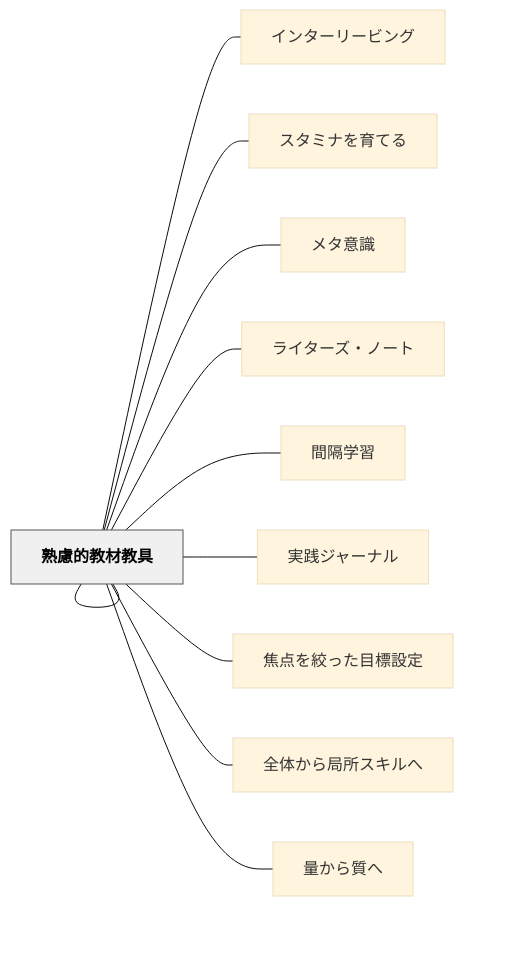
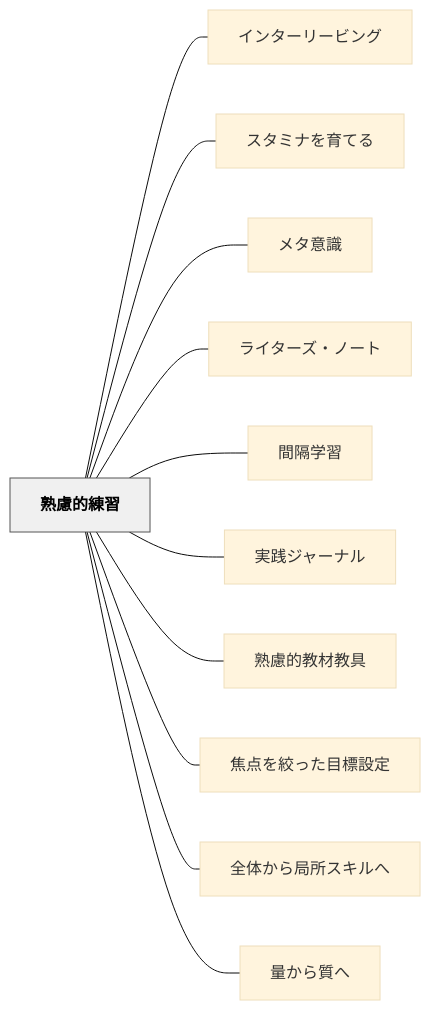
One commit to unknownthings-ed-patterns/unknownthings-ed-patterns changed the diagram in content/パタン/熟慮的練習.md. Above: the diagram before and after it, drawn with Mermaid (base theme). The commit also changed 527 other files, not shown here.

````diff
--- a/content/パタン/熟慮的練習.md
+++ b/content/パタン/熟慮的練習.md
@@ -71,28 +71,28 @@
 ```mermaid
 flowchart LR
-    ne7869fe685ae["熟慮的練習"]
-    ne382a4e383b3["インターリービング"]
-    ne382b9e382bf["スタミナを育てる"]
-    ne383a1e382bf["メタ意識"]
-    ne383a9e382a4["ライターズ・ノート"]
-    ne99693e99a94["間隔学習"]
-    ne5ae9fe8b7b5["実践ジャーナル"]
-    ne7869fe685ae["熟慮的教材教具"]
-    ne784a6e782b9["焦点を絞った目標設定"]
-    ne585a8e4bd93["全体から局所スキルへ"]
-    ne9878fe3818b["量から質へ"]
+    ne7869fe685aee79a84e7b7b4e7bf92["熟慮的練習"]
+    ne382a4e383b3e382bfe383bce383aae383bce38393e383b3e382b0["インターリービング"]
+    ne382b9e382bfe3839fe3838ae38292e882b2e381a6e3828b["スタミナを育てる"]
+    ne383a1e382bfe6848fe8ad98["メタ意識"]
+    ne383a9e382a4e382bfe383bce382bae383bbe3838ee383bce38388["ライターズ・ノート"]
+    ne99693e99a94e5ada6e7bf92["間隔学習"]
+    ne5ae9fe8b7b5e382b8e383a3e383bce3838ae383ab["実践ジャーナル"]
+    ne7869fe685aee79a84e69599e69d90e69599e585b7["熟慮的教材教具"]
+    ne784a6e782b9e38292e7b59ee381a3e3819fe79baee6a899e8a8ade5ae9a["焦点を絞った目標設定"]
+    ne585a8e4bd93e3818be38289e5b180e68980e382b9e382ade383abe381b8["全体から局所スキルへ"]
+    ne9878fe3818be38289e8b3aae381b8["量から質へ"]
 
-    ne7869fe685ae --- ne382a4e383b3
-    ne7869fe685ae --- ne382b9e382bf
-    ne7869fe685ae --- ne383a1e382bf
-    ne7869fe685ae --- ne383a9e382a4
-    ne7869fe685ae --- ne99693e99a94
-    ne7869fe685ae --- ne5ae9fe8b7b5
-    ne7869fe685ae --- ne7869fe685ae
-    ne7869fe685ae --- ne784a6e782b9
-    ne7869fe685ae --- ne585a8e4bd93
-    ne7869fe685ae --- ne9878fe3818b
+    ne7869fe685aee79a84e7b7b4e7bf92 --- ne382a4e383b3e382bfe383bce383aae383bce38393e383b3e382b0
+    ne7869fe685aee79a84e7b7b4e7bf92 --- ne382b9e382bfe3839fe3838ae38292e882b2e381a6e3828b
+    ne7869fe685aee79a84e7b7b4e7bf92 --- ne383a1e382bfe6848fe8ad98
+    ne7869fe685aee79a84e7b7b4e7bf92 --- ne383a9e382a4e382bfe383bce382bae383bbe3838ee383bce38388
+    ne7869fe685aee79a84e7b7b4e7bf92 --- ne99693e99a94e5ada6e7bf92
+    ne7869fe685aee79a84e7b7b4e7bf92 --- ne5ae9fe8b7b5e382b8e383a3e383bce3838ae383ab
+    ne7869fe685aee79a84e7b7b4e7bf92 --- ne7869fe685aee79a84e69599e69d90e69599e585b7
+    ne7869fe685aee79a84e7b7b4e7bf92 --- ne784a6e782b9e38292e7b59ee381a3e3819fe79baee6a899e8a8ade5ae9a
+    ne7869fe685aee79a84e7b7b4e7bf92 --- ne585a8e4bd93e3818be38289e5b180e68980e382b9e382ade383abe381b8
+    ne7869fe685aee79a84e7b7b4e7bf92 --- ne9878fe3818be38289e8b3aae381b8
 
     classDef hub fill:#f0f0f0,stroke:#555,color:#000,font-weight:bold
-    class ne7869fe685ae hub
+    class ne7869fe685aee79a84e7b7b4e7bf92 hub
 ```
````
